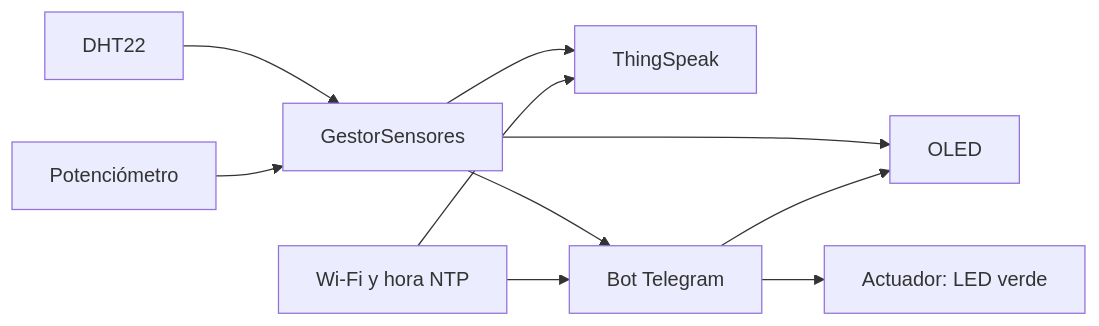
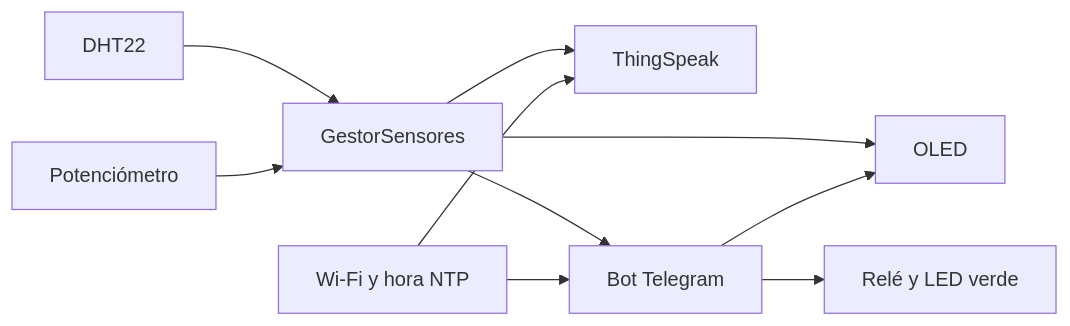
Before and after one commit to NachoCatta/TPA-TPI2-G10-supervicion_ambiental_con_telegram: the first of 2 diagrams in documentacion/guia_exposicion.md, drawn with Mermaid. The commit also changed other lines of this file and 12 other files, not shown here.

First line of the commit message:
Controla el rele GPIO14 junto al LED verde y agrega su diagrama

````diff
--- a/documentacion/guia_exposicion.md
+++ b/documentacion/guia_exposicion.md
@@ -39,12 +39,12 @@
 ```mermaid
 flowchart LR
   D[DHT22] --> S[GestorSensores]
   P[Potenciómetro] --> S
   S --> O[OLED]
   S --> T[ThingSpeak]
   S --> B[Bot Telegram]
-  B --> A[Actuador: LED verde]
+  B --> A[Relé y LED verde]
   B --> O
   W[Wi-Fi y hora NTP] --> B
   W --> T
 ```
````
